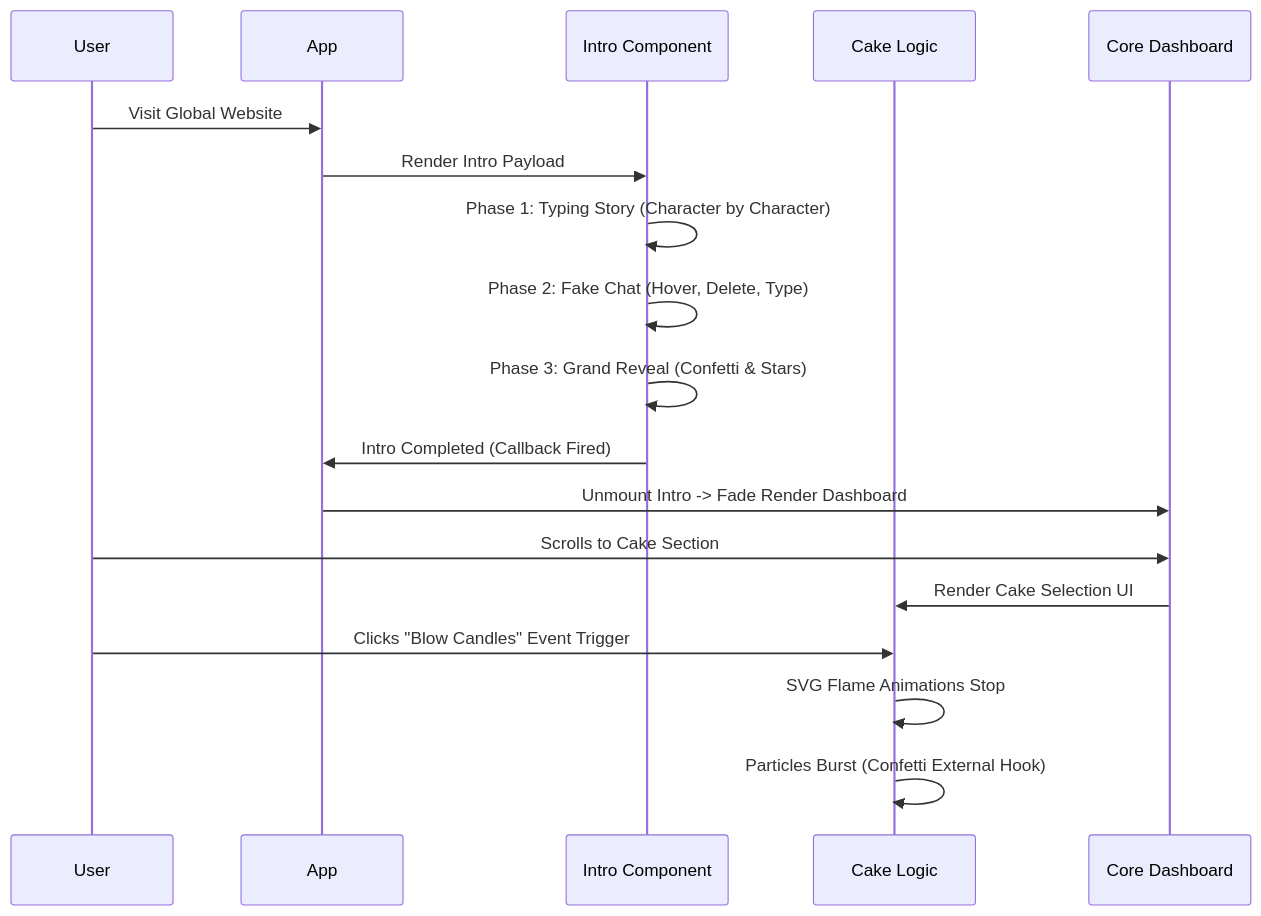
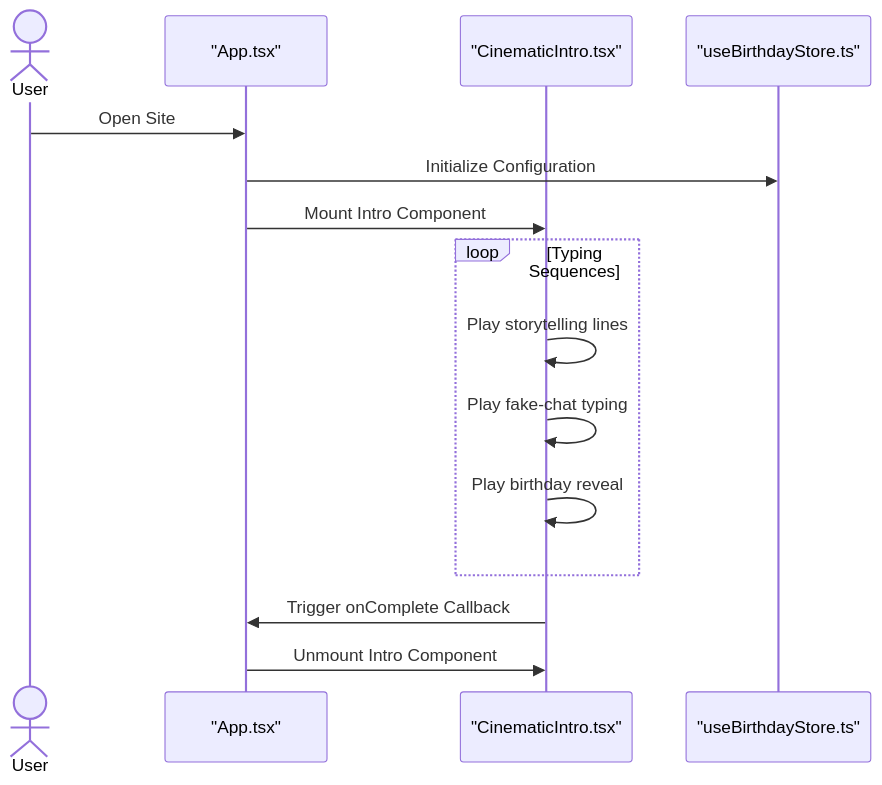
The third of 6 diagrams in README.md (Lolz365/birthday-bloom), drawn with Mermaid before and after one commit. The commit also changed other lines of this file and 1 other file, not shown here.

````diff
--- a/README.md
+++ b/README.md
@@ -198,21 +204,18 @@
 ```mermaid
 sequenceDiagram
-    participant User
-    participant App
-    participant IntroComponent as Intro Component
-    participant CakeLogic as Cake Logic
-    participant CoreDashboard as Core Dashboard
-    
-    User->>App: Visit Global Website
-    App->>IntroComponent: Render Intro Payload
-    IntroComponent->>IntroComponent: Phase 1: Typing Story (Character by Character)
-    IntroComponent->>IntroComponent: Phase 2: Fake Chat (Hover, Delete, Type)
-    IntroComponent->>IntroComponent: Phase 3: Grand Reveal (Confetti & Stars)
-    IntroComponent->>App: Intro Completed (Callback Fired)
-    App->>CoreDashboard: Unmount Intro -> Fade Render Dashboard
-    User->>CoreDashboard: Scrolls to Cake Section
-    CoreDashboard->>CakeLogic: Render Cake Selection UI
-    User->>CakeLogic: Clicks "Blow Candles" Event Trigger
-    CakeLogic->>CakeLogic: SVG Flame Animations Stop
-    CakeLogic->>CakeLogic: Particles Burst (Confetti External Hook)
+    actor User
+    participant App as "App.tsx"
+    participant Intro as "CinematicIntro.tsx"
+    participant Store as "useBirthdayStore.ts"
+
+    User->>App: Open Site
+    App->>Store: Initialize Configuration
+    App->>Intro: Mount Intro Component
+    loop Typing Sequences
+        Intro->>Intro: Play storytelling lines
+        Intro->>Intro: Play fake-chat typing
+        Intro->>Intro: Play birthday reveal
+    end
+    Intro->>App: Trigger onComplete Callback
+    App->>Intro: Unmount Intro Component
 ```
````
